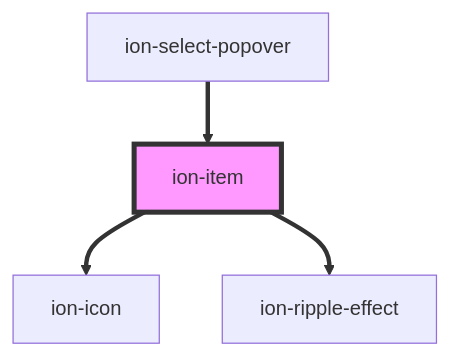
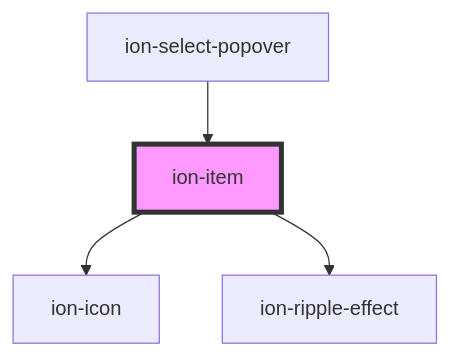
One commit to ionic-team/ionic-framework changed the diagram in core/src/components/item/readme.md. Above: the diagram before and after it, drawn with Mermaid. The commit also changed 39 other files, not shown here.

````diff
--- a/core/src/components/item/readme.md
+++ b/core/src/components/item/readme.md
@@ -1428,7 +1428,7 @@
 ```mermaid
 graph TD;
-  ion-item ==> ion-icon
-  ion-item ==> ion-ripple-effect
-  ion-select-popover ==> ion-item
+  ion-item --> ion-icon
+  ion-item --> ion-ripple-effect
+  ion-select-popover --> ion-item
   style ion-item fill:#f9f,stroke:#333,stroke-width:4px
 ```
````
